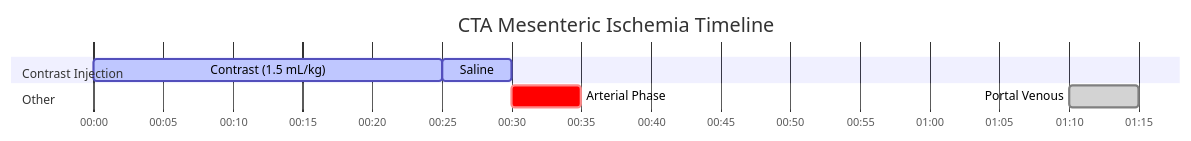
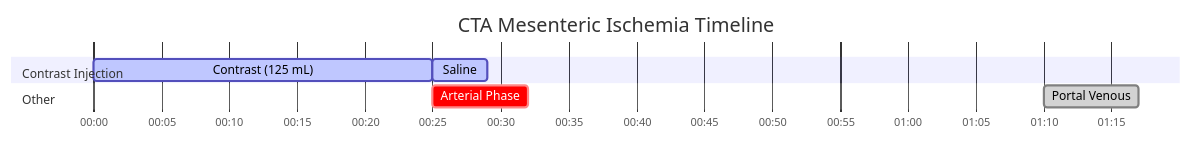
One commit to dfergs93/radiology-protocols changed the diagram in docs/ct/vascular/cta-mesenteric-ischemia.md. Above: the diagram before and after it, drawn with Mermaid. The commit also changed other lines of this file and 85 other files, not shown here.

Commit message:
Regenerate protocol markdown files with acquisition-diagram placeholder

````diff
--- a/docs/ct/vascular/cta-mesenteric-ischemia.md
+++ b/docs/ct/vascular/cta-mesenteric-ischemia.md
@@ -88,19 +86,19 @@
   ```mermaid
   ---
   displayMode: compact
   config:
     theme: default
     themeCSS: " #Saline{ fill: #4ed5ff; stroke: #2094f3; } "
   ---
     gantt
       title CTA Mesenteric Ischemia Timeline
       dateFormat mm:ss
       axisFormat %M:%S 
       
       section Contrast Injection
-      Contrast (1.5 mL/kg)    :active, contrast, 00:00, 25s
-      Saline          :active, saline, after contrast, 5s
+      Contrast (125 mL)    :active, contrast, 00:00, 25s
+      Saline          :active, saline, after contrast, 4s
       section Other
-      Arterial Phase    :crit, scan1, after saline, 5s
-      Portal Venous    :done, scan2, 01:10, 5s
+      Arterial Phase    :crit, scan1, 00:25, 7s
+      Portal Venous    :done, scan2, 01:10, 7s
   ```
````
